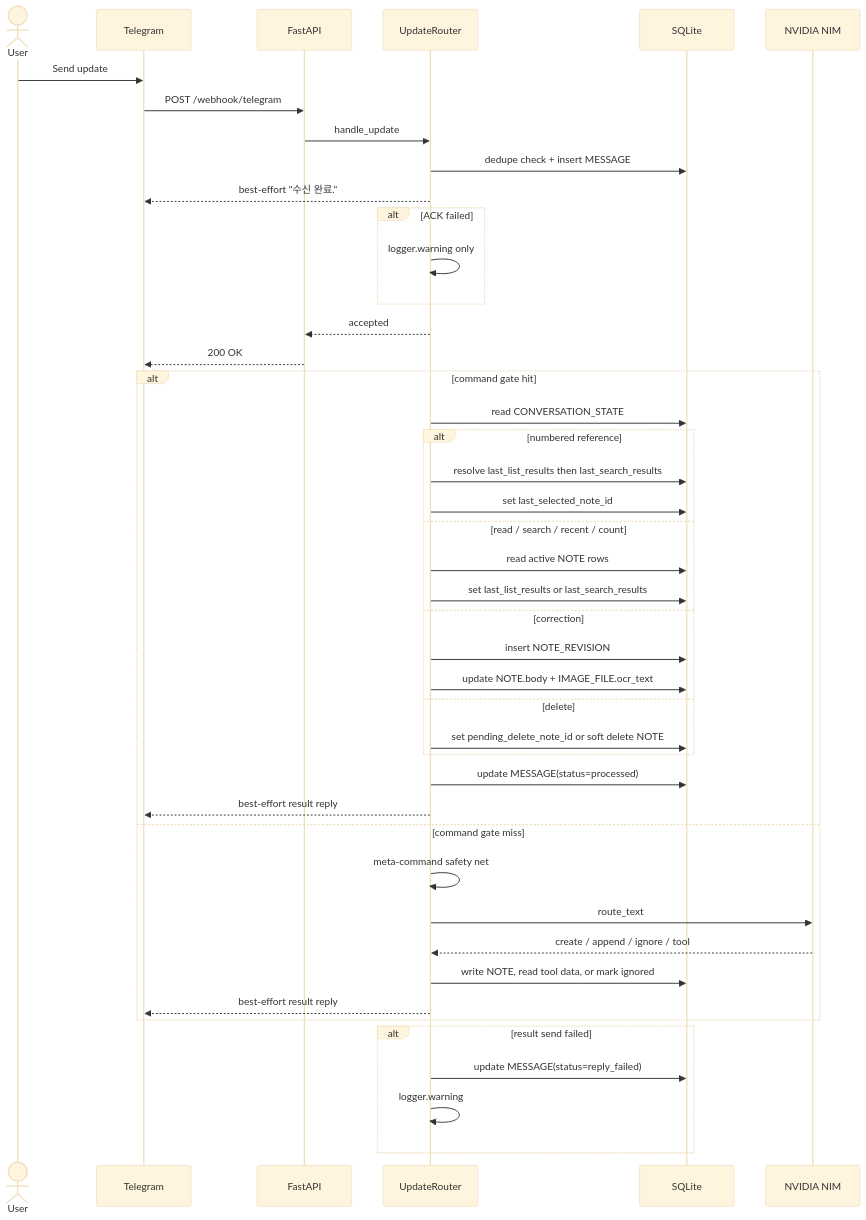
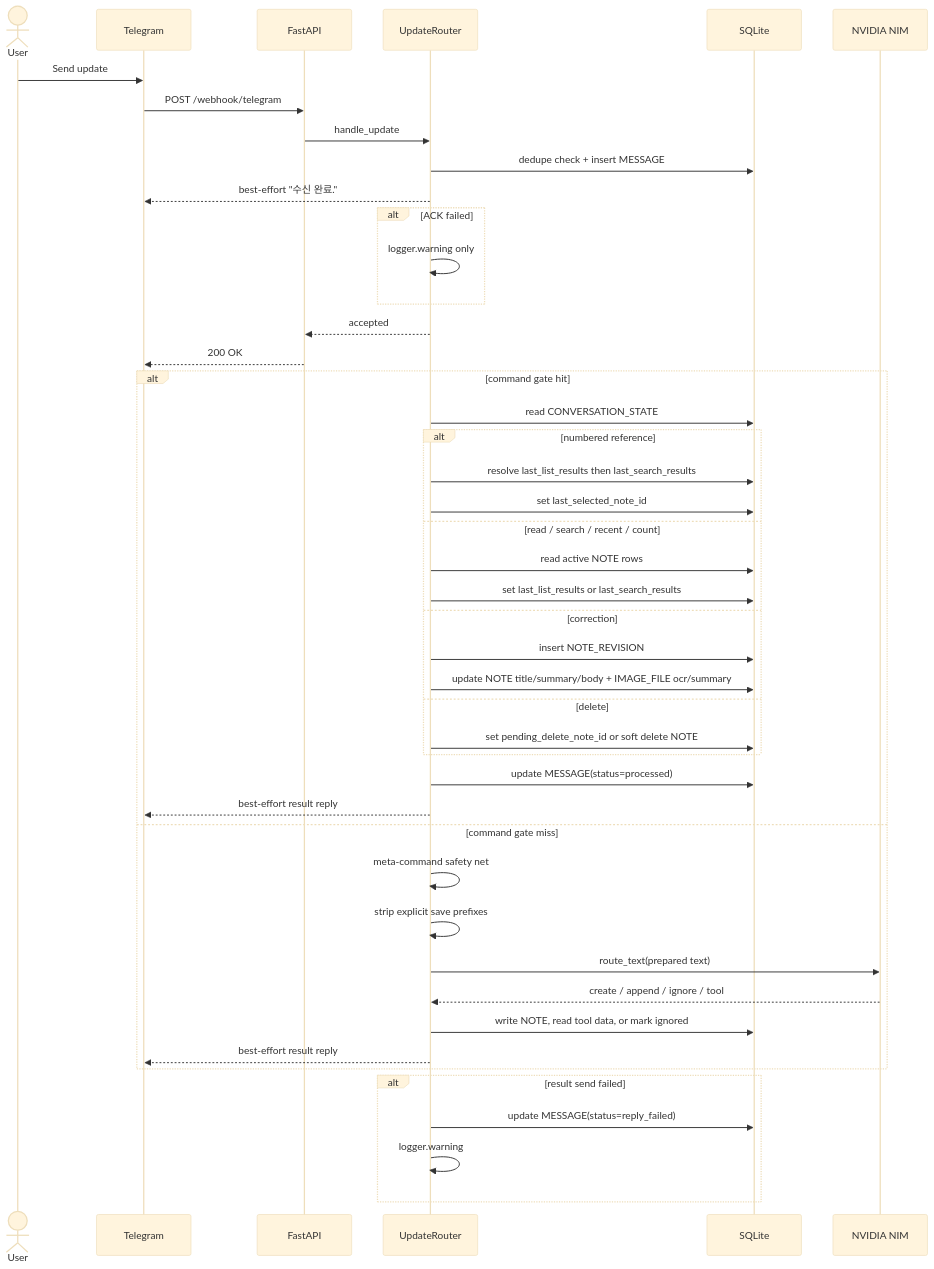
One commit to Transient-Onlooker/tg-note-agent changed the second of 4 diagrams in docs/ARCHITECTURE.md. Above: the diagram before and after it, drawn with Mermaid (base theme). The commit also changed other lines of this file and 17 other files, not shown here.

Commit message:
Fix explicit note save handling

````diff
--- a/docs/ARCHITECTURE.md
+++ b/docs/ARCHITECTURE.md
@@ -47,49 +50,50 @@
 ```mermaid
 sequenceDiagram
     actor U as User
     participant T as Telegram
     participant A as FastAPI
     participant R as UpdateRouter
     participant D as SQLite
     participant M as NVIDIA NIM
 
     U->>T: Send update
     T->>A: POST /webhook/telegram
     A->>R: handle_update
     R->>D: dedupe check + insert MESSAGE
     R-->>T: best-effort "수신 완료."
     alt ACK failed
         R->>R: logger.warning only
     end
     R-->>A: accepted
     A-->>T: 200 OK
 
     alt command gate hit
         R->>D: read CONVERSATION_STATE
         alt numbered reference
             R->>D: resolve last_list_results then last_search_results
             R->>D: set last_selected_note_id
         else read / search / recent / count
             R->>D: read active NOTE rows
             R->>D: set last_list_results or last_search_results
         else correction
             R->>D: insert NOTE_REVISION
-            R->>D: update NOTE.body + IMAGE_FILE.ocr_text
+            R->>D: update NOTE title/summary/body + IMAGE_FILE ocr/summary
         else delete
             R->>D: set pending_delete_note_id or soft delete NOTE
         end
         R->>D: update MESSAGE(status=processed)
         R-->>T: best-effort result reply
     else command gate miss
         R->>R: meta-command safety net
-        R->>M: route_text
+        R->>R: strip explicit save prefixes
+        R->>M: route_text(prepared text)
         M-->>R: create / append / ignore / tool
         R->>D: write NOTE, read tool data, or mark ignored
         R-->>T: best-effort result reply
     end
 
     alt result send failed
         R->>D: update MESSAGE(status=reply_failed)
         R->>R: logger.warning
     end
 ```
````
